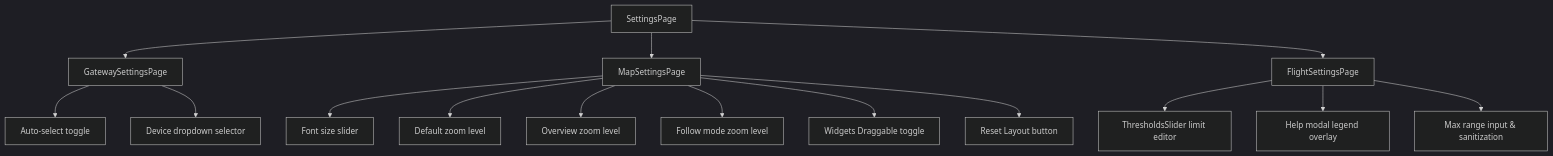
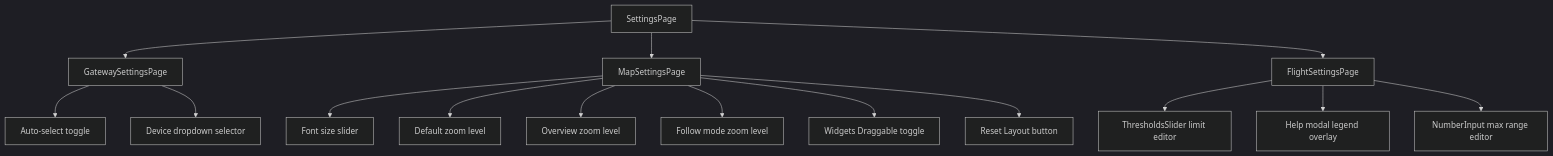
The third of 3 diagrams in documentation/customizable-widgets-layout.md (jobes/stork), drawn with Mermaid (dark theme) before and after one commit. The commit also changed other lines of this file and 22 other files, not shown here.

````diff
--- a/documentation/customizable-widgets-layout.md
+++ b/documentation/customizable-widgets-layout.md
@@ -202,20 +197,20 @@
 ```mermaid
 graph TD
     A[SettingsPage] --> B[GatewaySettingsPage]
     A --> C[MapSettingsPage]
     A --> D[FlightSettingsPage]
 
     B --> B1[Auto-select toggle]
     B --> B2[Device dropdown selector]
 
     C --> C1[Font size slider]
     C --> C2[Default zoom level]
     C --> C3[Overview zoom level]
     C --> C4[Follow mode zoom level]
     C --> C5[Widgets Draggable toggle]
     C --> C6[Reset Layout button]
 
     D --> D1[ThresholdsSlider limit editor]
     D --> D2[Help modal legend overlay]
-    D --> D3[Max range input & sanitization]
+    D --> D3[NumberInput max range editor]
 ```
````
